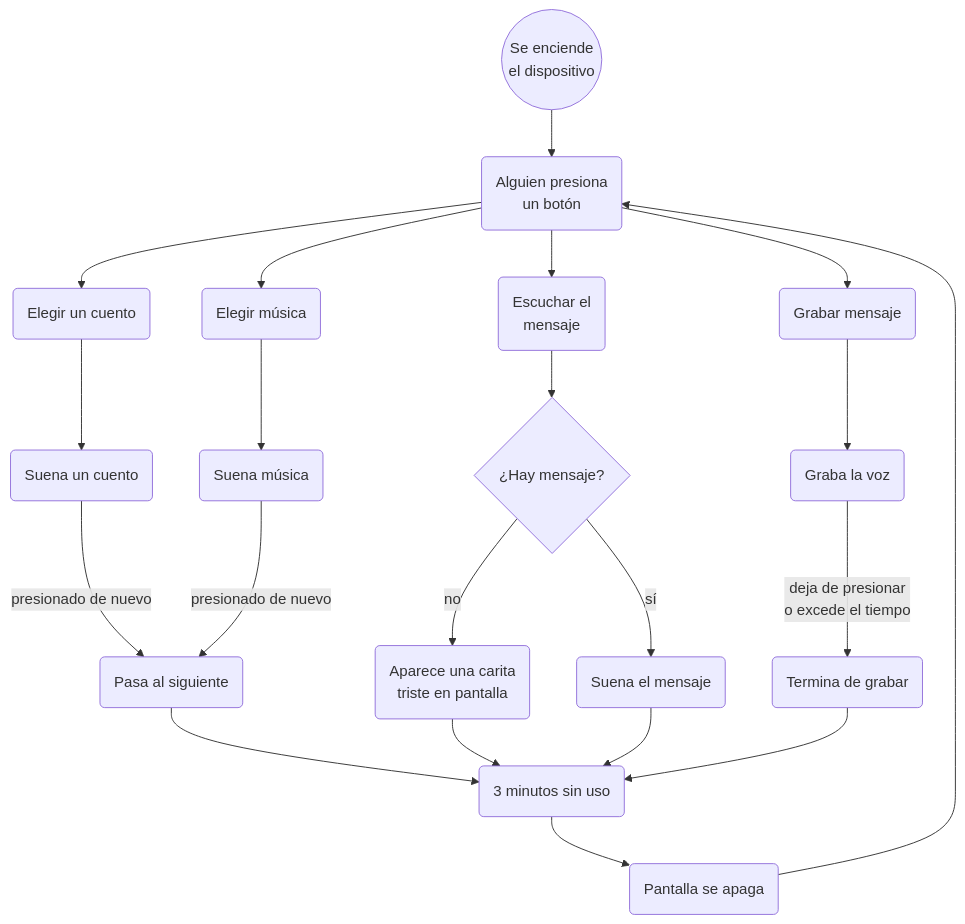
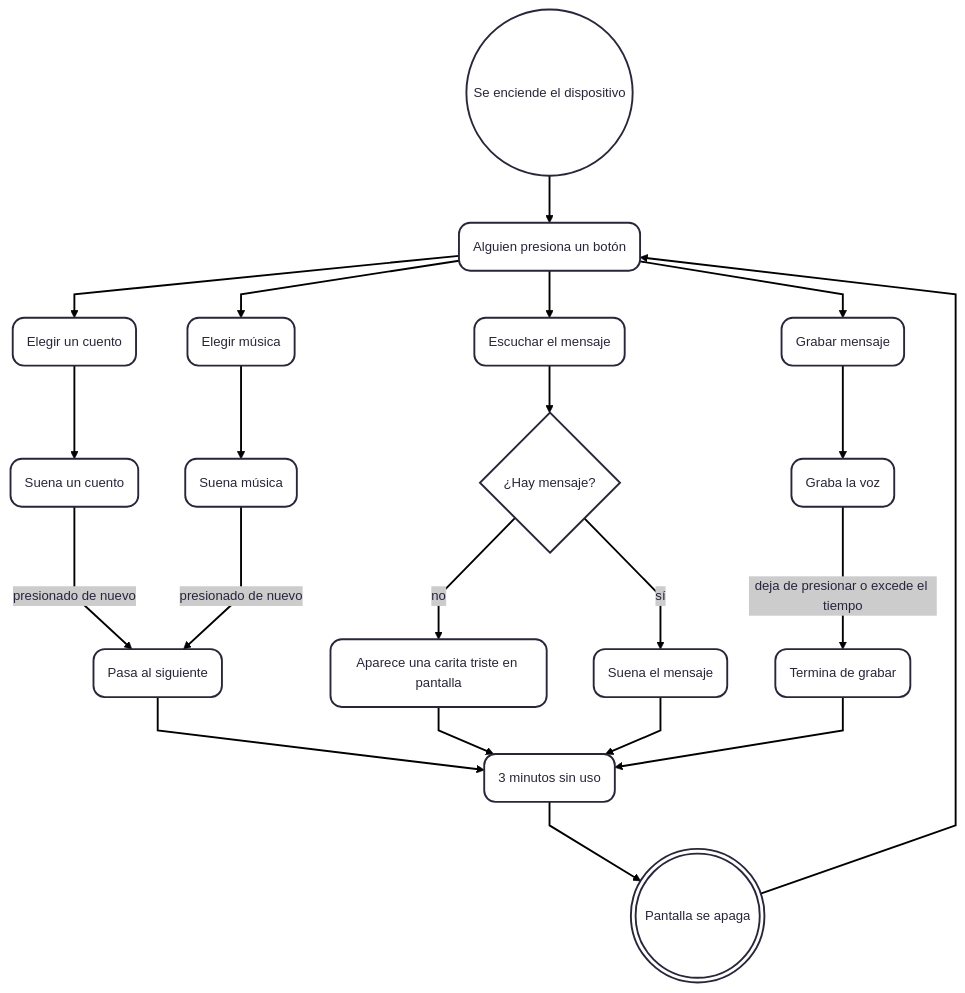
Before and after one commit to antoloch/dis8645-2026-2-procesos-2: the first of 2 diagrams in 00-proyecto-3/grupo-07/README.md, drawn with Mermaid. The commit also changed other lines of this file, not shown here.

````diff
--- a/00-proyecto-3/grupo-07/README.md
+++ b/00-proyecto-3/grupo-07/README.md
@@ -246,37 +240,23 @@
 ```mermaid
+%%{ init : { "theme" : "redux-color", "flowchart" : { "curve" : "linear" }}}%%
+%%                                ^^^^^^^^^^^^^^^^^^^^^^^^^^^^^^^^^^^^
+flowchart TD
+%%==============================================================================
 
-flowchart TD
-
-A@{shape: circ, label: "Se enciende<br>el dispositivo"}-->B(Alguien presiona<br>un botón);
-
+A@{shape: circ, label: "Se enciende el dispositivo"}-->B(Alguien presiona un botón);
 B-->C(Elegir un cuento);
-
 B-->D(Elegir música);
-
-B-->E(Escuchar el<br>mensaje);
-
+B-->E(Escuchar el mensaje);
 B-->F(Grabar mensaje);
-
 C-->G(Suena un cuento);
-
 G--presionado de nuevo -->K(Pasa al siguiente)-->O;
-
 D-->H(Suena música);
-
 H--presionado de nuevo -->K(Pasa al siguiente);
-
 E-->I{¿Hay mensaje?};
-
-I--no -->M(Aparece una carita<br>triste en pantalla)-->O;
-
+I--no -->M(Aparece una carita triste en pantalla)-->O;
 I--sí -->N(Suena el mensaje)-->O;
-
 F-->J(Graba la voz);
-
-J--deja de presionar<br>o excede el tiempo -->L(Termina de grabar)-->O;
-
-O(3 minutos sin uso)-->P(Pantalla se apaga);
-
+J--deja de presionar o excede el tiempo -->L(Termina de grabar)-->O;
+O(3 minutos sin uso)-->P@{shape: dbl-circ, label: "Pantalla se apaga"};
 P-->B;
-
 ```
````
